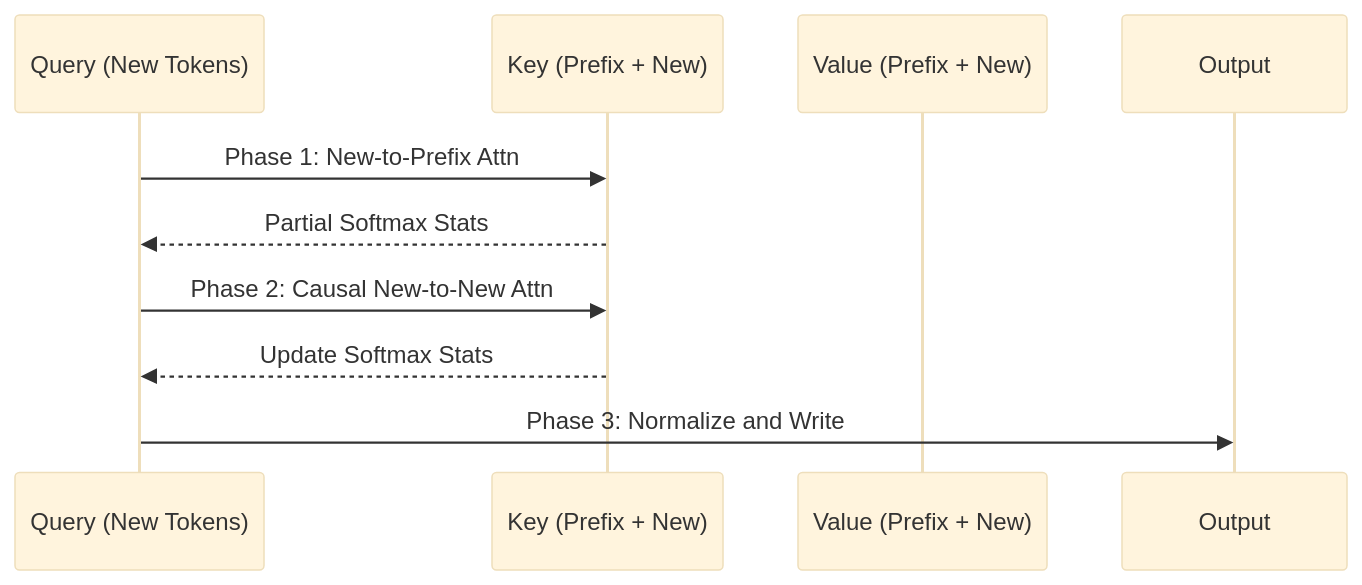
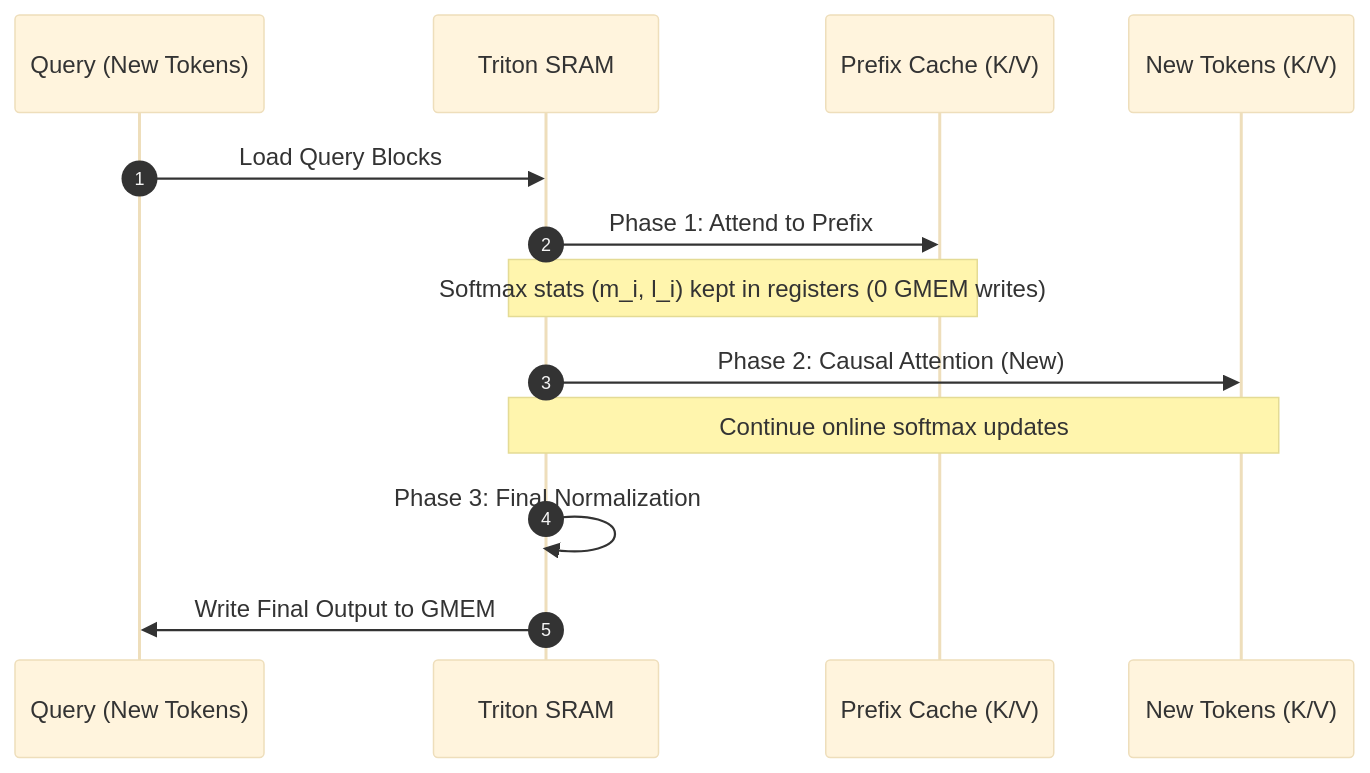
One commit to Paramveersingh-S/Triton-MLOps changed the second of 2 diagrams in README.md. Above: the diagram before and after it, drawn with Mermaid (base theme). The commit also changed other lines of this file, not shown here.

Commit message:
docs: heavily refine README with badges, architecture and deep technical details

````diff
--- a/README.md
+++ b/README.md
@@ -27,13 +54,16 @@
 ```mermaid
 sequenceDiagram
+    autonumber
     participant Q as Query (New Tokens)
-    participant K as Key (Prefix + New)
-    participant V as Value (Prefix + New)
-    participant O as Output
+    participant SRAM as Triton SRAM
+    participant KVP as Prefix Cache (K/V)
+    participant KVN as New Tokens (K/V)
     
-    Q->>K: Phase 1: New-to-Prefix Attn
-    K-->>Q: Partial Softmax Stats
-    Q->>K: Phase 2: Causal New-to-New Attn
-    K-->>Q: Update Softmax Stats
-    Q->>O: Phase 3: Normalize and Write
+    Q->>SRAM: Load Query Blocks
+    SRAM->>KVP: Phase 1: Attend to Prefix
+    Note over SRAM,KVP: Softmax stats (m_i, l_i) kept in registers (0 GMEM writes)
+    SRAM->>KVN: Phase 2: Causal Attention (New)
+    Note over SRAM,KVN: Continue online softmax updates
+    SRAM->>SRAM: Phase 3: Final Normalization
+    SRAM->>Q: Write Final Output to GMEM
 ```
````
